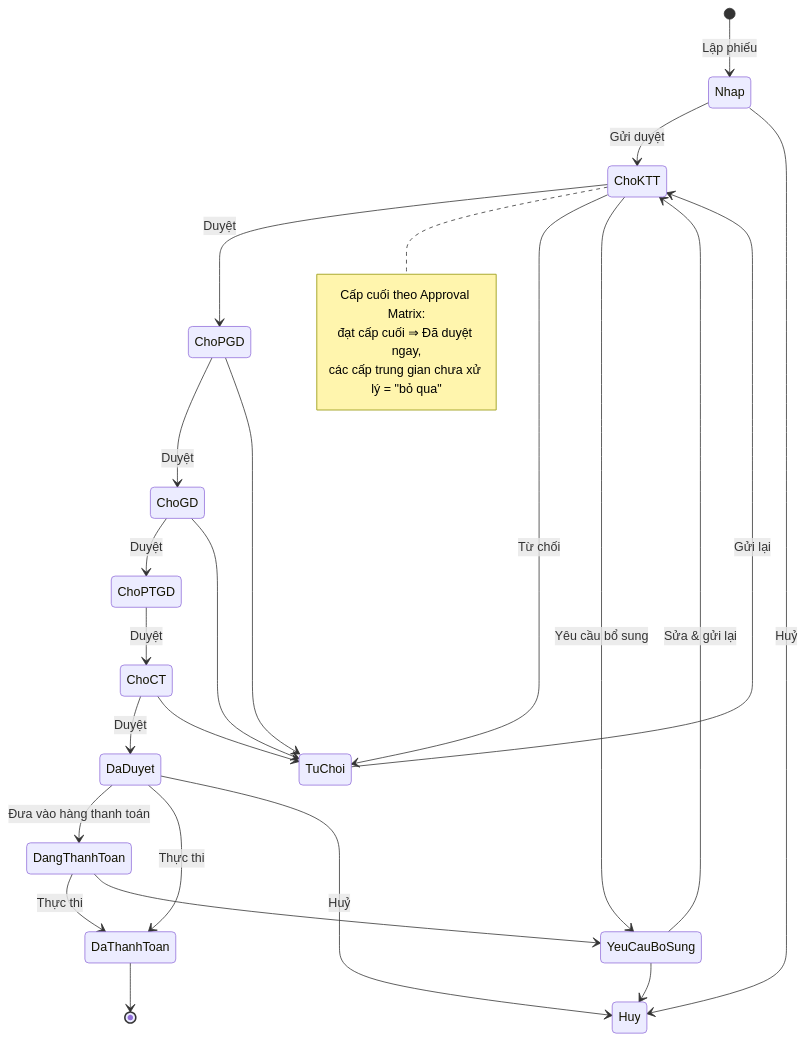
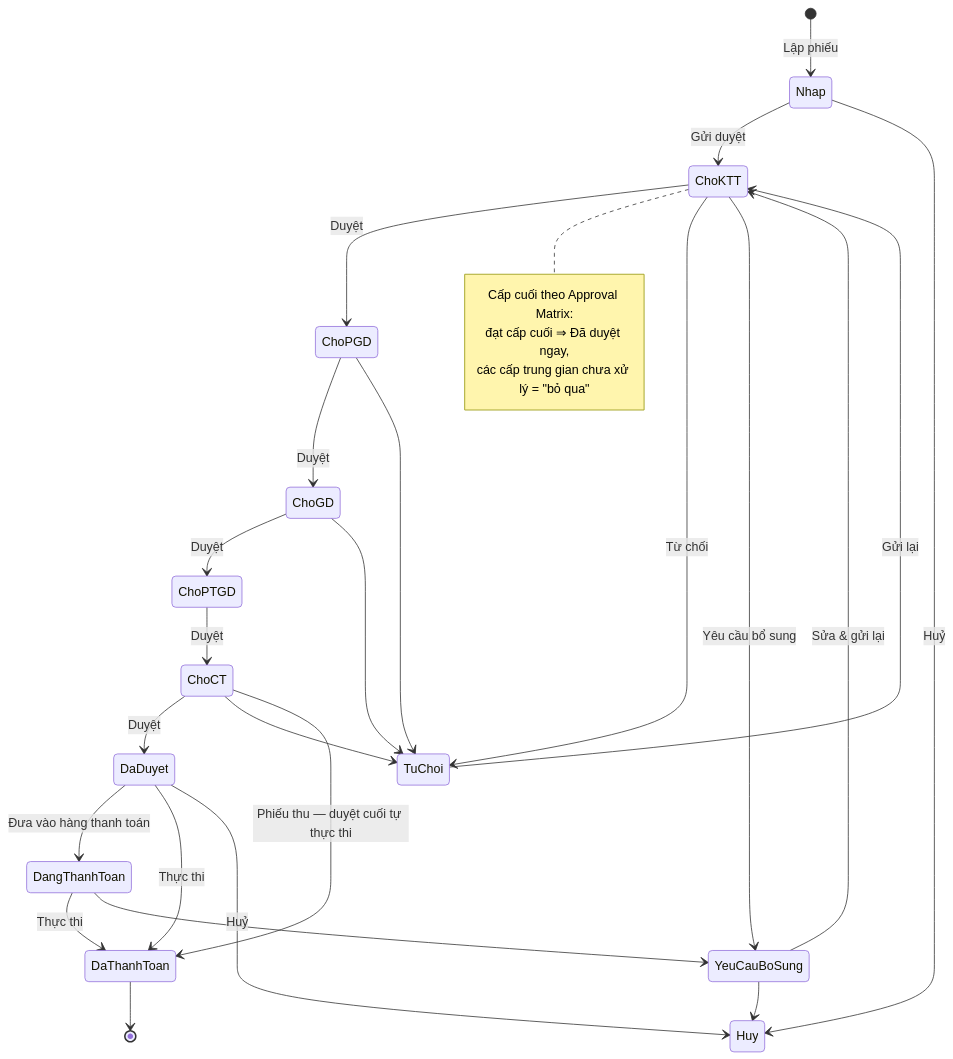
One commit to hainh/FinGate changed the eighth of 16 diagrams in v2/v2.md. Above: the diagram before and after it, drawn with Mermaid. The commit also changed other lines of this file, not shown here.

````diff
--- a/v2/v2.md
+++ b/v2/v2.md
@@ -397,30 +551,31 @@
 ```mermaid
 stateDiagram-v2
   [*] --> Nhap: Lập phiếu
   Nhap --> ChoKTT: Gửi duyệt
   Nhap --> Huy: Huỷ
   ChoKTT --> ChoPGD: Duyệt
   ChoPGD --> ChoGD: Duyệt
   ChoGD --> ChoPTGD: Duyệt
   ChoPTGD --> ChoCT: Duyệt
   ChoCT --> DaDuyet: Duyệt
   note right of ChoKTT
     Cấp cuối theo Approval Matrix:
     đạt cấp cuối ⇒ Đã duyệt ngay,
     các cấp trung gian chưa xử lý = "bỏ qua"
   end note
   ChoKTT --> TuChoi: Từ chối
   ChoKTT --> YeuCauBoSung: Yêu cầu bổ sung
   ChoPGD --> TuChoi
   ChoGD --> TuChoi
   ChoCT --> TuChoi
   YeuCauBoSung --> ChoKTT: Sửa & gửi lại
   YeuCauBoSung --> Huy
   TuChoi --> ChoKTT: Gửi lại
+  ChoCT --> DaThanhToan: Phiếu thu — duyệt cuối tự thực thi
   DaDuyet --> DangThanhToan: Đưa vào hàng thanh toán
   DaDuyet --> DaThanhToan: Thực thi
   DaDuyet --> Huy: Huỷ
   DangThanhToan --> DaThanhToan: Thực thi
   DangThanhToan --> YeuCauBoSung
   DaThanhToan --> [*]
 ```
````
